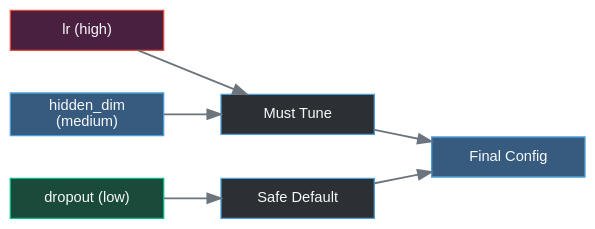
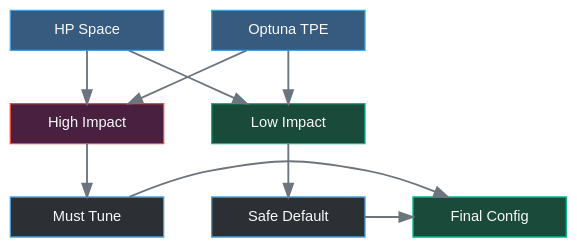
One commit to HongyuCao3/Pytorch-lightining-Hydra-Optuna-MLflow-Slurm-Project-Tempate-for-Scientific-Research changed the diagram in docs/experiments/hyperparam.qmd. Above: the diagram before and after it, drawn with Graphviz. The commit also changed other lines of this file and 3 other files, not shown here.

````diff
--- a/docs/experiments/hyperparam.qmd
+++ b/docs/experiments/hyperparam.qmd
@@ -112,35 +13,37 @@
 ```{dot}
-//| label: fig-sensitivity
-//| fig-cap: "Parameter sensitivity: high impact vs. safe defaults"
+//| label: fig-hp-design
+//| fig-cap: "HP sensitivity: per-parameter variance determines must-tune vs. safe-default"
 //| fig-width: 7
-//| fig-height: 2.8
+//| fig-height: 3.2
 digraph G {
   bgcolor="transparent"
-  rankdir=LR
-  graph [ranksep=0.6, nodesep=0.45]
+  rankdir=TB
+  graph [ranksep=0.55, nodesep=0.5]
   node [style=filled, fillcolor="#2c3035", color="#4a9eda",
         fontcolor="#f8f9fa", fontname="Arial", fontsize=11,
         shape=box, width=1.6, height=0.42]
   edge [color="#6c757d", penwidth=1.4]
 
-  subgraph col1 {
+  subgraph row1 {
     rank=same
-    HS1 [label="lr (high)",      fillcolor="#4a2040", color="#e74c3c"]
-    HS2 [label="hidden_dim\n(medium)", fillcolor="#375a7f"]
-    LS1 [label="dropout (low)",  fillcolor="#1a4a3a", color="#00bc8c"]
+    HS [label="HP Space",    fillcolor="#375a7f"]
+    Opt [label="Optuna TPE", fillcolor="#375a7f"]
   }
-  subgraph col2 {
+  subgraph row2 {
+    rank=same
+    High [label="High Impact", fillcolor="#4a2040", color="#e74c3c"]
+    Low  [label="Low Impact",  fillcolor="#1a4a3a", color="#00bc8c"]
+  }
+  subgraph row3 {
     rank=same
     Tune [label="Must Tune"]
     Safe [label="Safe Default"]
-  }
-  subgraph col3 {
-    rank=same
-    Cfg [label="Final Config", fillcolor="#375a7f"]
+    Cfg  [label="Final Config", fillcolor="#1a4a3a", color="#00bc8c"]
   }
 
-  HS1 -> Tune  HS2 -> Tune
-  LS1 -> Safe
+  HS  -> High  HS  -> Low
+  Opt -> High  Opt -> Low
+  High -> Tune  Low -> Safe
   Tune -> Cfg  Safe -> Cfg
 }
 ```
````
